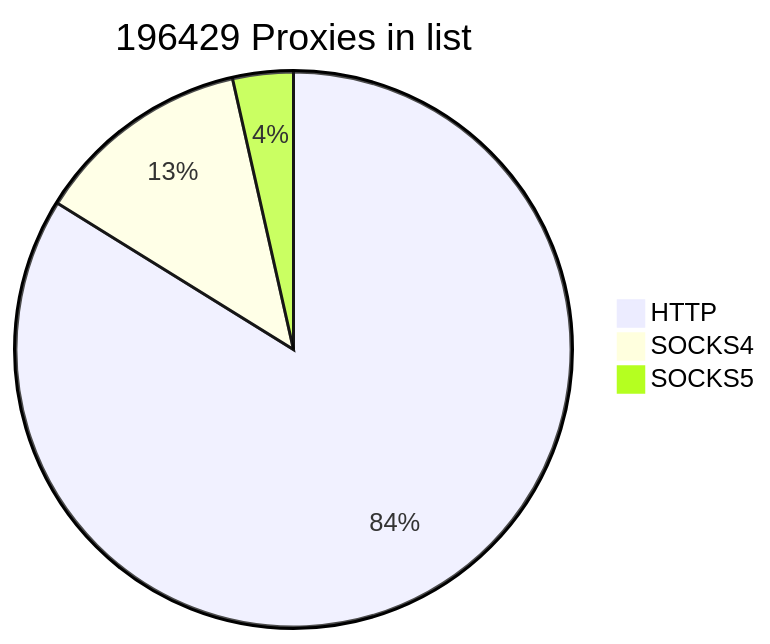
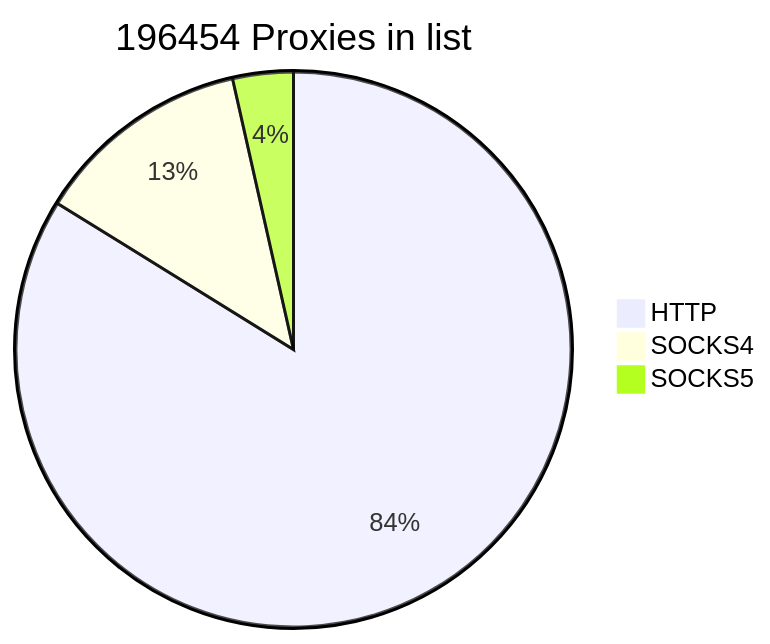
Before and after one commit to cutipu/proxylist: the first of 2 diagrams in README.md, drawn with Mermaid. The commit also changed other lines of this file, not shown here.

````diff
--- a/README.md
+++ b/README.md
@@ -2,7 +2,7 @@
 ```mermaid
-pie title 196429 Proxies in list
-    "HTTP" : 164673
-    "SOCKS4" : 24833
-    "SOCKS5" : 6923
+pie title 196454 Proxies in list
+    "HTTP" : 164674
+    "SOCKS4" : 24859
+    "SOCKS5" : 6921
             
 ```
````
